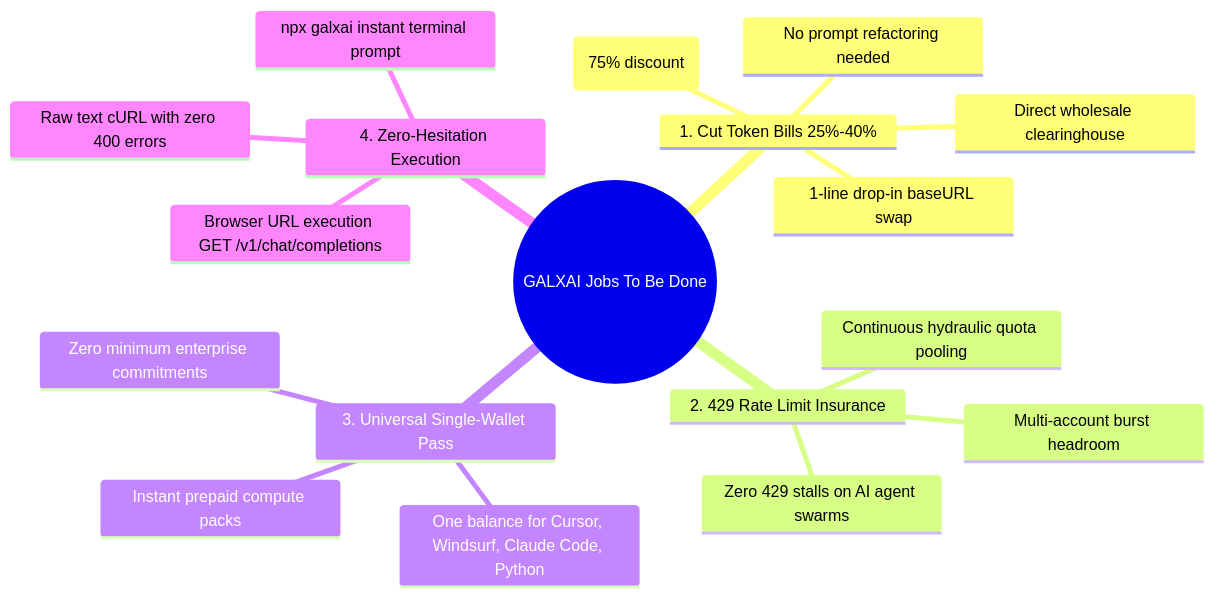
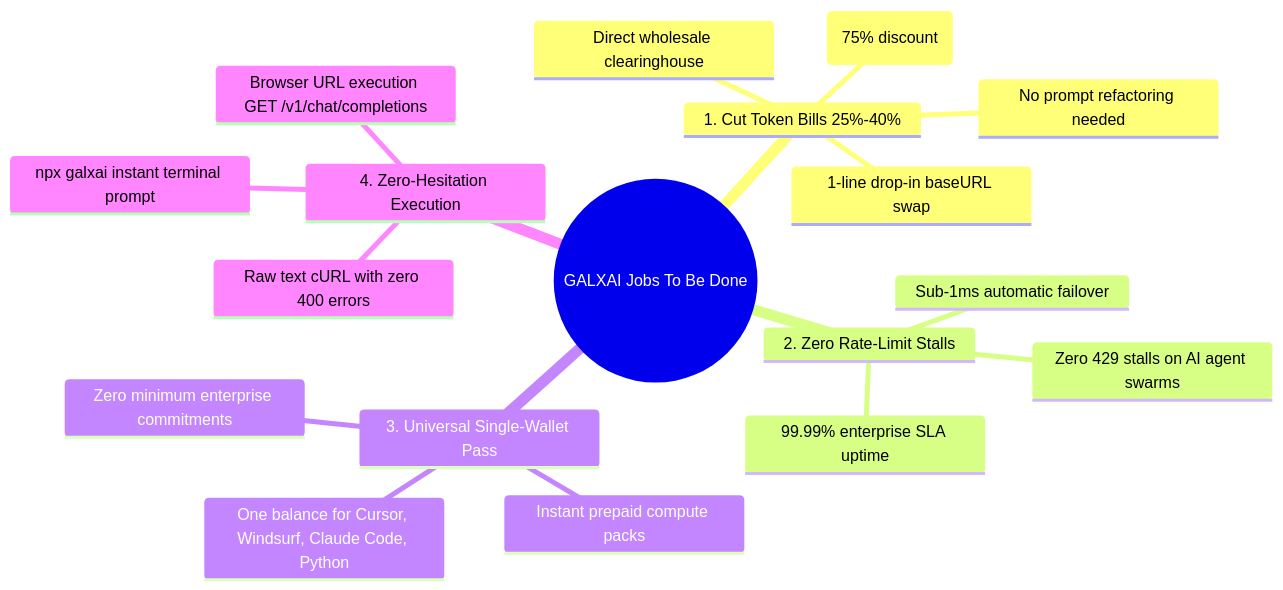
The first of 2 diagrams in README.md (CardSorting/GALXAI), drawn with Mermaid before and after one commit. The commit also changed other lines of this file and 18 other files, not shown here.

````diff
--- a/README.md
+++ b/README.md
@@ -19,21 +19,21 @@
 ```mermaid
 mindmap
   root((GALXAI Jobs To Be Done))
     1. Cut Token Bills 25%-40%
       Direct wholesale clearinghouse
       100% prompt cache pass-through (75% discount)
       1-line drop-in baseURL swap
       No prompt refactoring needed
-    2. 429 Rate Limit Insurance
+    2. Zero Rate-Limit Stalls
       Zero 429 stalls on AI agent swarms
-      Continuous hydraulic quota pooling
-      Multi-account burst headroom
+      Sub-1ms automatic failover
+      99.99% enterprise SLA uptime
     3. Universal Single-Wallet Pass
       One balance for Cursor, Windsurf, Claude Code, Python
       Zero minimum enterprise commitments
       Instant prepaid compute packs
     4. Zero-Hesitation Execution
       npx galxai instant terminal prompt
       Browser URL execution GET /v1/chat/completions
       Raw text cURL with zero 400 errors
 ```
````
